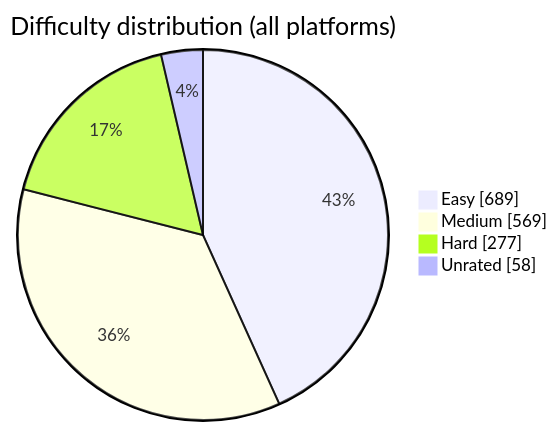
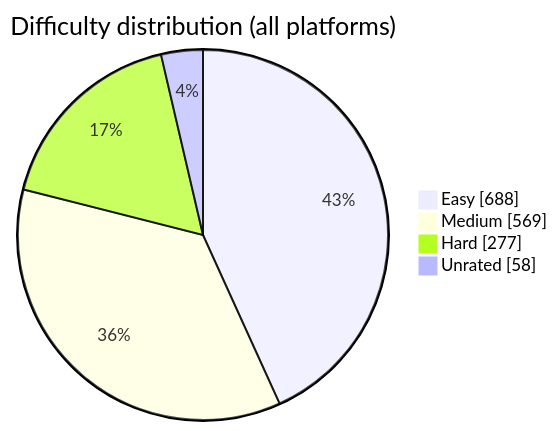
One commit to BuildbyArindam/Daily-Coding-Log changed the diagram in README.md. Above: the diagram before and after it, drawn with Mermaid. The commit also changed other lines of this file, not shown here.

````diff
--- a/README.md
+++ b/README.md
@@ -93,7 +93,7 @@
 ```mermaid
 pie showData title Difficulty distribution (all platforms)
-    "Easy" : 689
+    "Easy" : 688
     "Medium" : 569
     "Hard" : 277
     "Unrated" : 58
 ```
````
